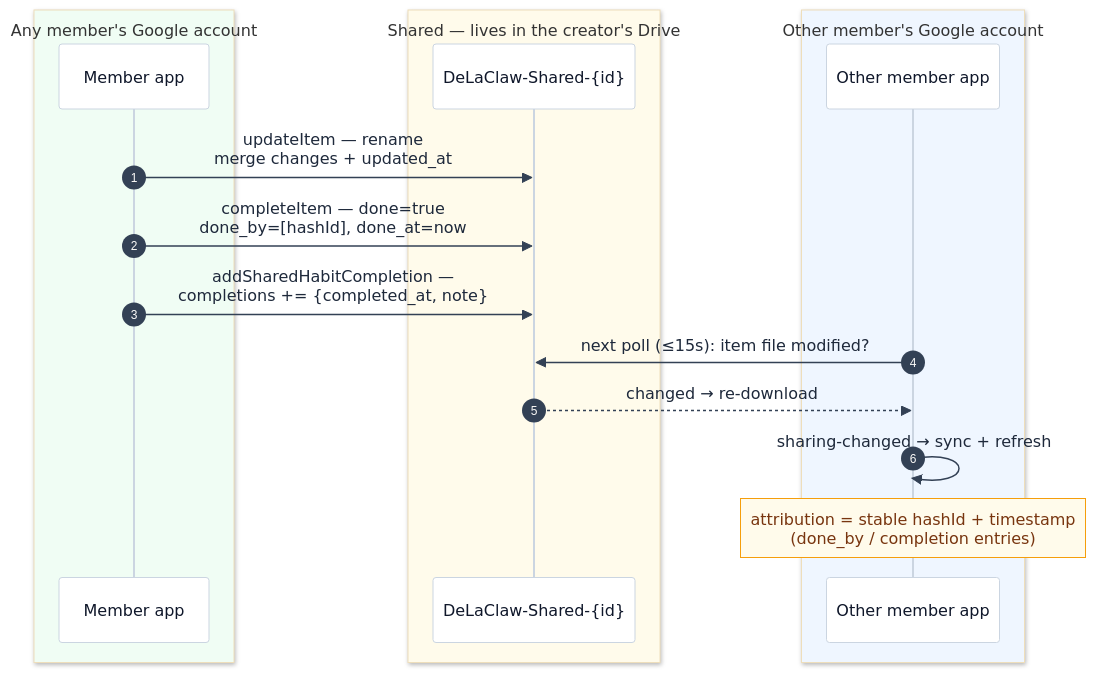
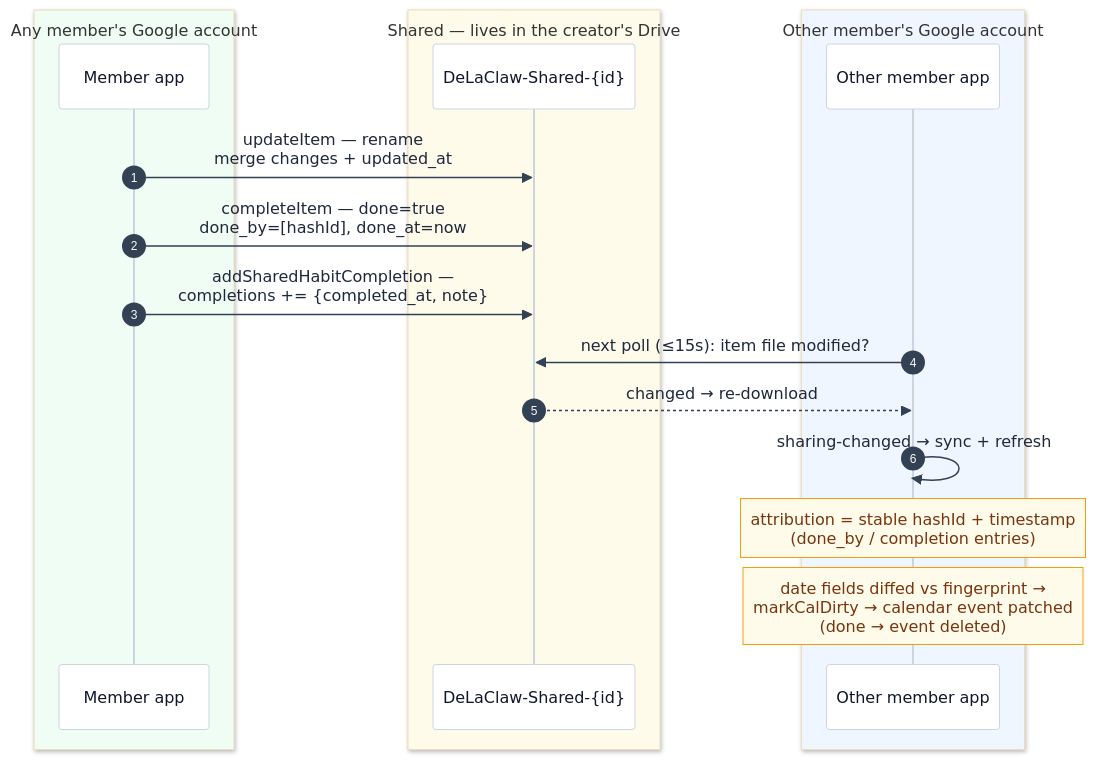
One commit to AntGro/DeLaClaw changed the seventh of 13 diagrams in docs-site/sharing.md. Above: the diagram before and after it, drawn with Mermaid. The commit also changed other lines of this file and 18 other files, not shown here.

````diff
--- a/docs-site/sharing.md
+++ b/docs-site/sharing.md
@@ -304,22 +308,23 @@
 ```mermaid
 %%{init: {'theme': 'base', 'themeVariables': {'background': '#fbfaf8', 'actorBkg': '#ffffff', 'actorBorder': '#cbd5e1', 'actorTextColor': '#0f172a', 'actorLineColor': '#cbd5e1', 'signalColor': '#334155', 'signalTextColor': '#1e293b', 'noteBkgColor': '#fffbeb', 'noteBorderColor': '#f59e0b', 'noteTextColor': '#78350f', 'labelBoxBkgColor': '#0f172a', 'labelBoxBorderColor': '#0f172a', 'labelTextColor': '#ffffff'}}}%%
 sequenceDiagram
     autonumber
     box rgb(240,253,244) Any member's Google account
     participant MA as Member app
     end
     box rgb(255,251,235) Shared — lives in the creator's Drive
     participant SF as DeLaClaw-Shared-{id}
     end
     box rgb(239,246,255) Other member's Google account
     participant OA as Other member app
     end
 
     MA->>SF: updateItem — rename<br/>merge changes + updated_at
     MA->>SF: completeItem — done=true<br/>done_by=[hashId], done_at=now
     MA->>SF: addSharedHabitCompletion —<br/>completions += {completed_at, note}
     OA->>SF: next poll (≤15s): item file modified?
     SF-->>OA: changed → re-download
     OA->>OA: sharing-changed → sync + refresh
     Note over OA: attribution = stable hashId + timestamp<br/>(done_by / completion entries)
+    Note over OA: date fields diffed vs fingerprint →<br/>markCalDirty → calendar event patched<br/>(done → event deleted)
 ```
````
